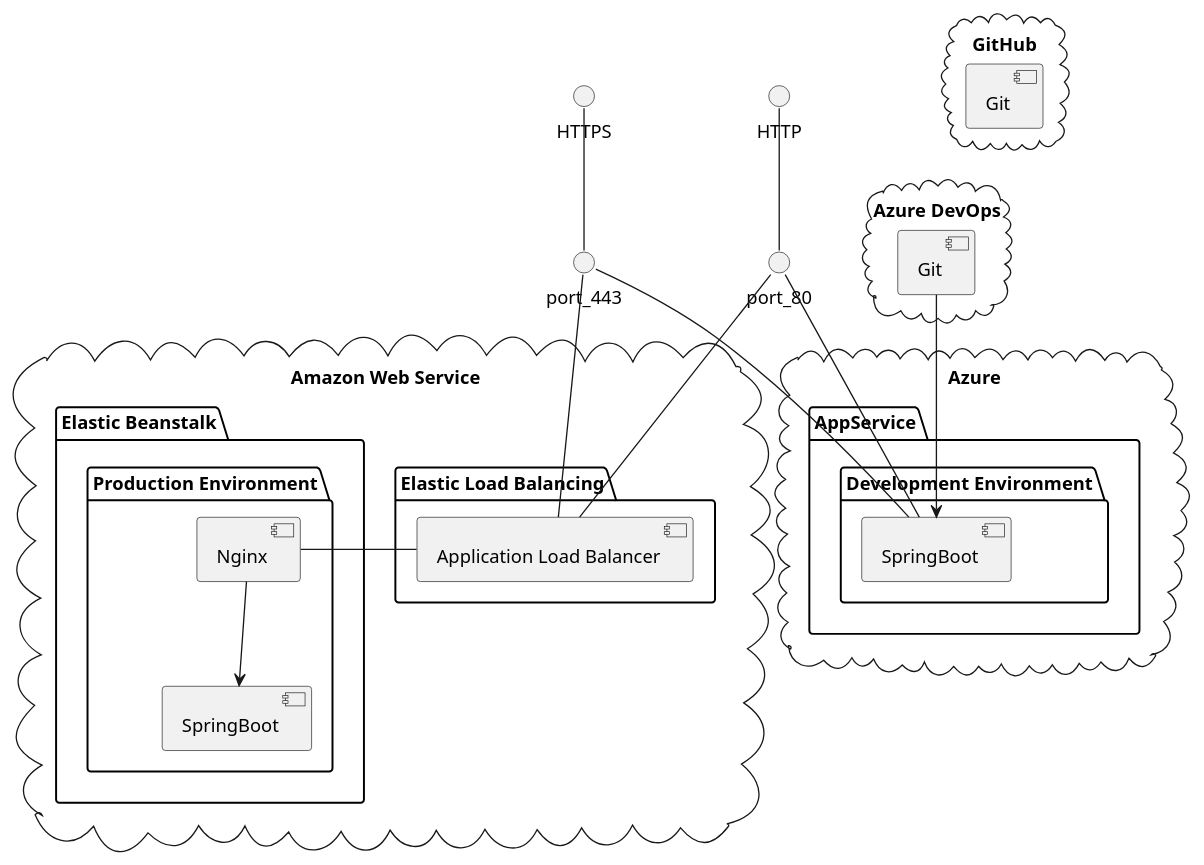
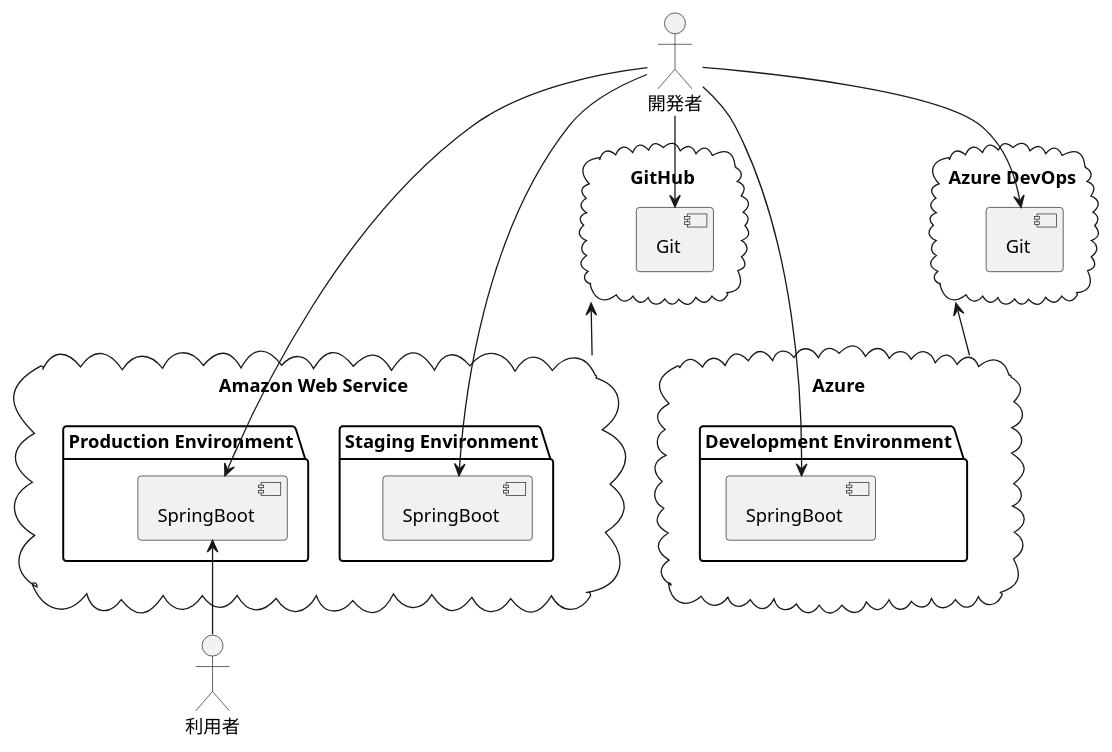
One commit to k2works/mrs changed the diagram in docs/diagrams/SystemArchitecture.puml. Above: the diagram before and after it, drawn with PlantUML. The commit also changed 5 other files, not shown here.

```diff
--- a/docs/diagrams/SystemArchitecture.puml
+++ b/docs/diagrams/SystemArchitecture.puml
@@ -1,46 +1,34 @@
 @startuml
-HTTP -- port_80
-HTTPS -- port_443
-
-cloud "Azure" {
- folder "AppService" {
-
-
-        package "Development Environment" {
-          [SpringBoot] as app_dev
-          port_80 -- app_dev
-          port_443 -- app_dev
-        }
-
- }
+actor 開発者
+actor 利用者
+cloud "Amazon Web Service" as AWS {
+    package "Production Environment" {
+      [SpringBoot] as app_prd
+    }
+    package "Staging Environment" {
+      [SpringBoot] as app_stg
+    }
 }
 
-cloud "Amazon Web Service" {
- folder "Elastic Load Balancing" {
-  [Application Load Balancer] as elb
- }
-
- folder "Elastic Beanstalk" {
-   port_80 -- elb
-   port_443 -- elb
-
-        package "Production Environment" {
-          [SpringBoot] as app_prod
-          [Nginx] as proxy_prod
-          proxy_prod --> app_prod
-          elb - proxy_prod
-        }
-
- }
+cloud "Azure" as Azure {
+    package "Development Environment" {
+      [SpringBoot] as app_dev
+    }
 }
 
-
-cloud "GitHub"{
+cloud "GitHub" as github {
   [Git] as repository_1
 }
 
-cloud "Azure DevOps"{
+cloud "Azure DevOps" as azuredevops{
   [Git] as repository_2
-  repository_2 --> app_dev
 }
+開発者 --> app_dev
+開発者 --> app_stg
+開発者 --> app_prd
+開発者 --> repository_1
+開発者 --> repository_2
+app_prd <-- 利用者
+github <-- AWS
+azuredevops <-- Azure
 @enduml
```
